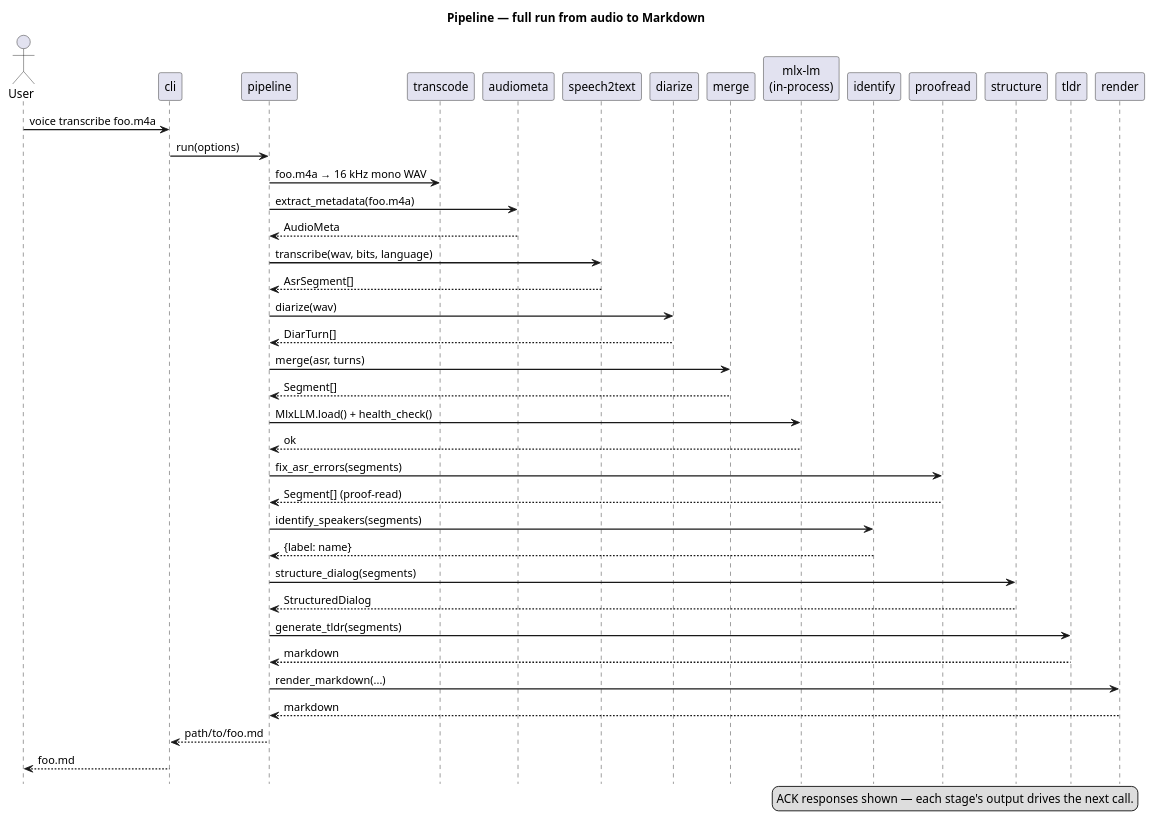
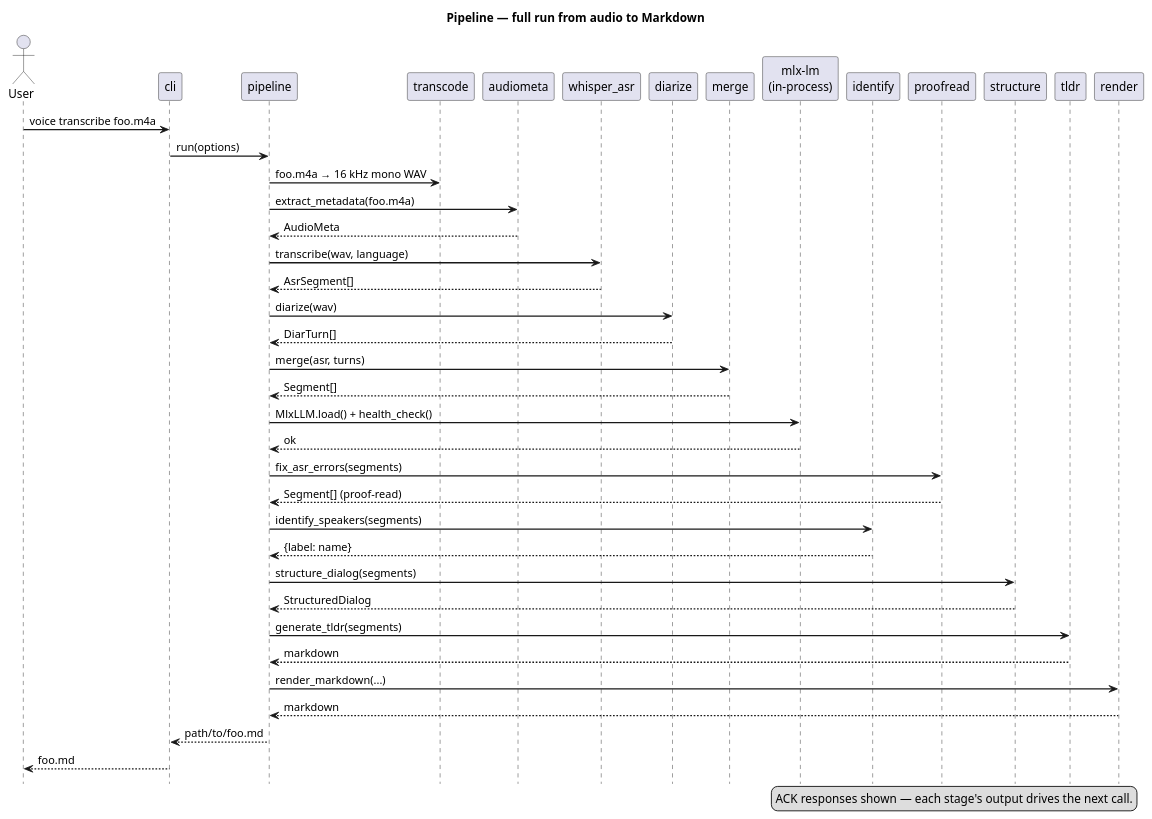
Before and after one commit to artem-from-ua/voice-transcriber: the diagram in docs/pipeline.md, drawn with PlantUML. The commit also changed other lines of this file and 28 other files, not shown here.

First line of the commit message:
Remove VibeVoice ASR backend, Whisper-only (0.23.0) (#89)

````diff
--- a/docs/pipeline.md
+++ b/docs/pipeline.md
@@ -7,53 +7,53 @@
 ```plantuml
 @startuml
 title Pipeline — full run from audio to Markdown
 hide footbox
 skinparam sequenceArrowThickness 1.5
 skinparam LifeLineBorderColor #C0C0C0
 
 actor User
 participant cli
 participant pipeline
 participant transcode
 participant audiometa
-participant speech2text
+participant whisper_asr
 participant diarize
 participant merge
 participant llm as "mlx-lm\n(in-process)"
 participant identify
 participant proofread
 participant structure
 participant tldr
 participant render
 
 User -> cli : voice transcribe foo.m4a
 cli -> pipeline : run(options)
 pipeline -> transcode : foo.m4a → 16 kHz mono WAV
 pipeline -> audiometa : extract_metadata(foo.m4a)
 audiometa --> pipeline : AudioMeta
-pipeline -> speech2text : transcribe(wav, bits, language)
-speech2text --> pipeline : AsrSegment[]
+pipeline -> whisper_asr : transcribe(wav, language)
+whisper_asr --> pipeline : AsrSegment[]
 pipeline -> diarize : diarize(wav)
 diarize --> pipeline : DiarTurn[]
 pipeline -> merge : merge(asr, turns)
 merge --> pipeline : Segment[]
 pipeline -> llm : MlxLLM.load() + health_check()
 llm --> pipeline : ok
 pipeline -> proofread : fix_asr_errors(segments)
 proofread --> pipeline : Segment[] (proof-read)
 pipeline -> identify : identify_speakers(segments)
 identify --> pipeline : {label: name}
 pipeline -> structure : structure_dialog(segments)
 structure --> pipeline : StructuredDialog
 pipeline -> tldr : generate_tldr(segments)
 tldr --> pipeline : markdown
 pipeline -> render : render_markdown(...)
 render --> pipeline : markdown
 pipeline --> cli : path/to/foo.md
 cli --> User : foo.md
 
 legend right
   ACK responses shown — each stage's output drives the next call.
 end legend
 @enduml
 ```
````
